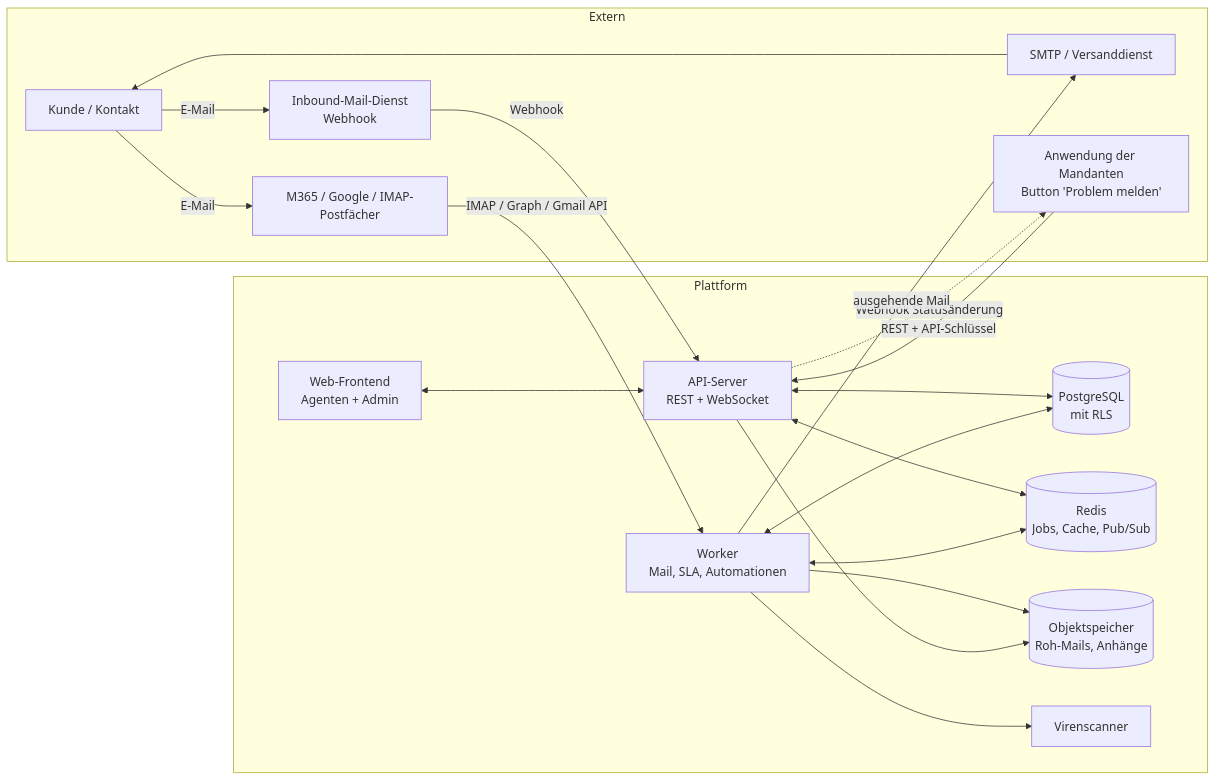
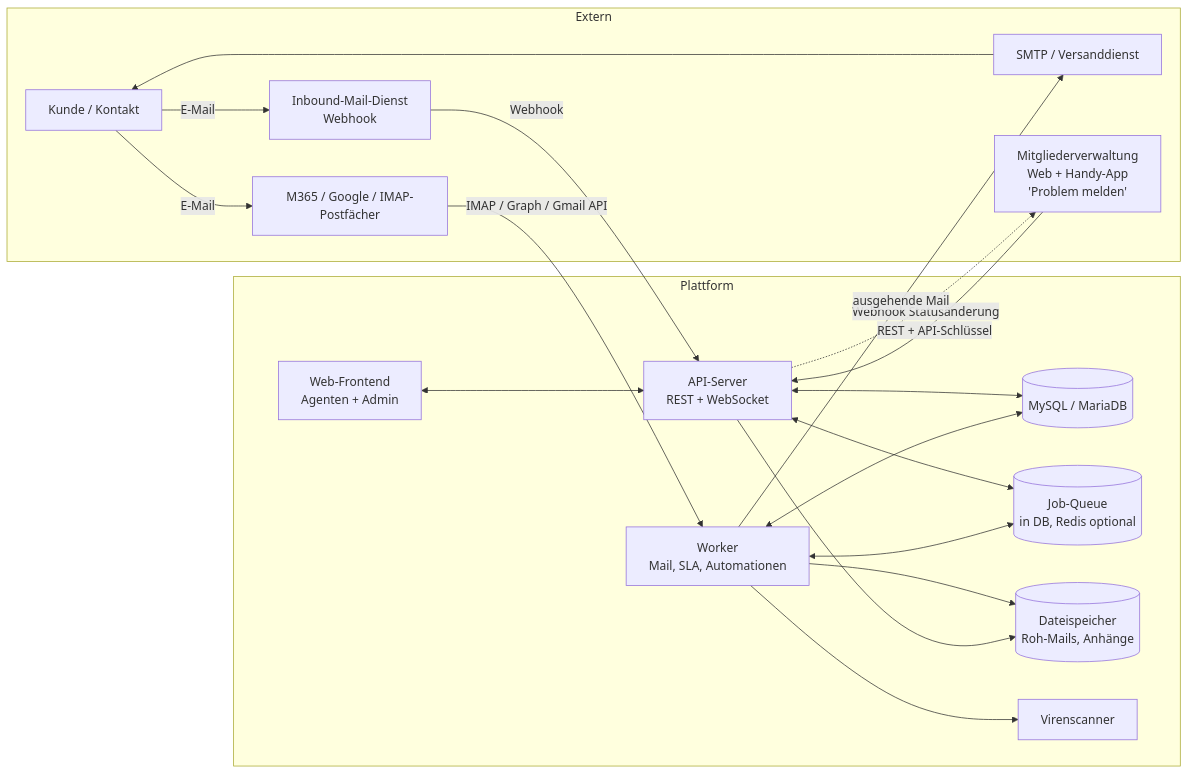
One commit to Hausi1968/ticketsystem changed the first of 5 diagrams in docs/konzept.md. Above: the diagram before and after it, drawn with Mermaid. The commit also changed other lines of this file, not shown here.

First line of the commit message:
Konzept auf PHP/Laravel umstellen und Anbindung der Mitgliederverwaltung beschreiben

````diff
--- a/docs/konzept.md
+++ b/docs/konzept.md
@@ -126,37 +127,37 @@
 ```mermaid
 flowchart LR
     subgraph Extern
         K[Kunde / Kontakt]
         MS[M365 / Google / IMAP-Postfächer]
         IP[Inbound-Mail-Dienst<br/>Webhook]
         SP[SMTP / Versanddienst]
-        APP[Anwendung der Mandanten<br/>Button 'Problem melden']
+        APP[Mitgliederverwaltung<br/>Web + Handy-App<br/>'Problem melden']
     end
 
     subgraph Plattform
         WEB[Web-Frontend<br/>Agenten + Admin]
         API[API-Server<br/>REST + WebSocket]
         WRK[Worker<br/>Mail, SLA, Automationen]
-        DB[(PostgreSQL<br/>mit RLS)]
-        RQ[(Redis<br/>Jobs, Cache, Pub/Sub)]
-        S3[(Objektspeicher<br/>Roh-Mails, Anhänge)]
+        DB[(MySQL / MariaDB)]
+        RQ[(Job-Queue<br/>in DB, Redis optional)]
+        S3[(Dateispeicher<br/>Roh-Mails, Anhänge)]
         AV[Virenscanner]
     end
 
     K -- E-Mail --> MS
     K -- E-Mail --> IP
     MS -- IMAP / Graph / Gmail API --> WRK
     IP -- Webhook --> API
     APP -- REST + API-Schlüssel --> API
     API -. Webhook Statusänderung .-> APP
     WEB <--> API
     API <--> DB
     API <--> RQ
     WRK <--> DB
     WRK <--> RQ
     WRK --> S3
     API --> S3
     WRK --> AV
     WRK -- ausgehende Mail --> SP
     SP --> K
 ```
````
